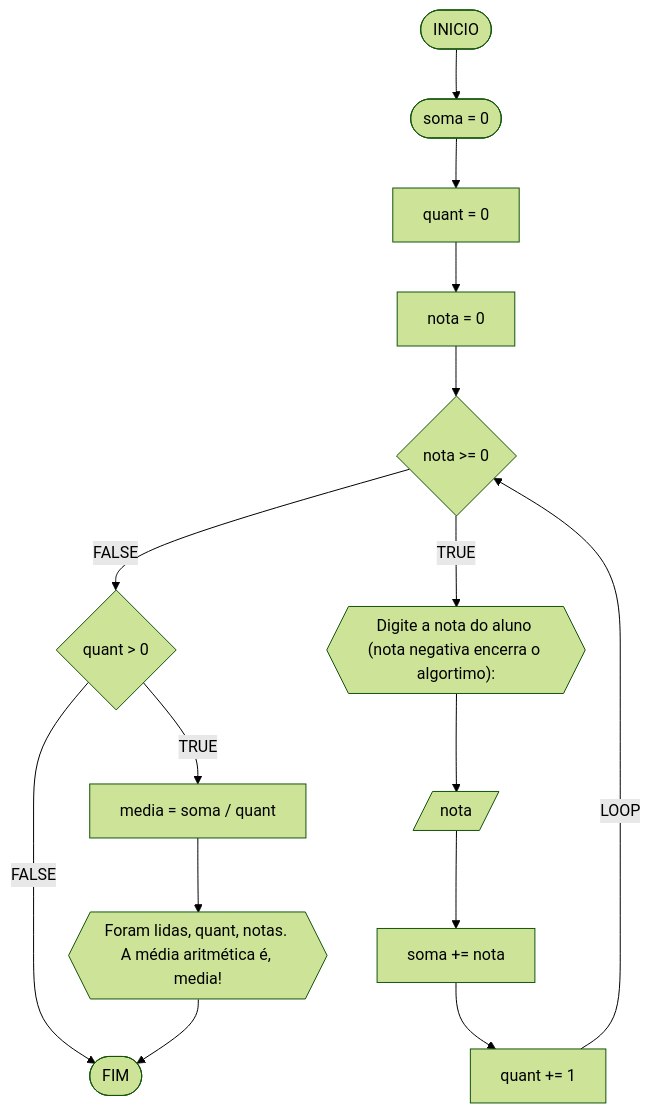
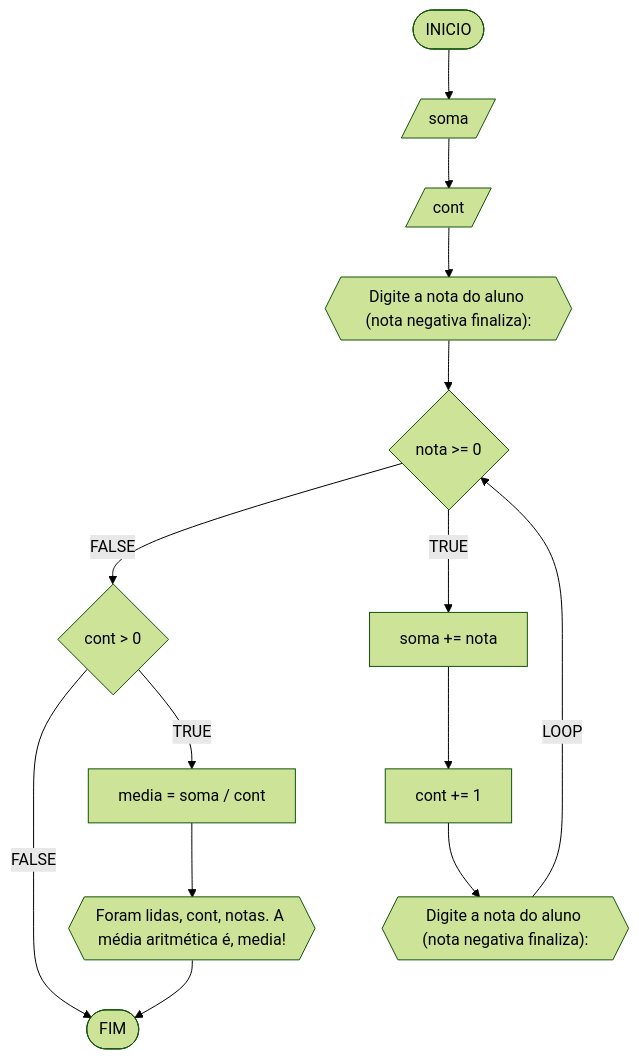
One commit to carubbi/unifor changed the seventh of 7 diagrams in RLA/unidade1/lista3.md. Above: the diagram before and after it, drawn with Mermaid (forest theme). The commit also changed other lines of this file, not shown here.

````diff
--- a/RLA/unidade1/lista3.md
+++ b/RLA/unidade1/lista3.md
@@ -263,17 +263,16 @@
 ```mermaid
 flowchart TD
-A([INICIO]) --> B([soma = 0])
-B --> C[quant = 0]
-C --> D[nota = 0]
+A([INICIO]) --> B[/soma/]
+B --> C[/cont/]
+C --> D{{"Digite a nota do aluno (nota negativa finaliza): "}}
 D --> E{nota >= 0}
-E --FALSE--> F{quant > 0}
-F --FALSE--> M([FIM])
-F --TRUE--> K[media = soma / quant]
-K --> L{{Foram lidas, quant, notas. <br>A média aritmética é, media!}}
-L --> M
-E --TRUE--> G{{"Digite a nota do aluno <br>(nota negativa encerra o algortimo): "}}
-G --> H[/nota/]
-H --> I[soma += nota]
-I --> J[quant += 1]
-J --LOOP--> E
+E --FALSE--> F{cont > 0}
+F --FALSE--> Z([FIM]) 
+F --TRUE--> G[media = soma / cont]
+G --> H{{Foram lidas, cont, notas. A média aritmética é, media!}}
+H --> Z
+E --TRUE--> I[soma += nota]
+I --> J[cont += 1]
+J --> K{{"Digite a nota do aluno (nota negativa finaliza): "}}
+K --LOOP-->  E
 ```
````
